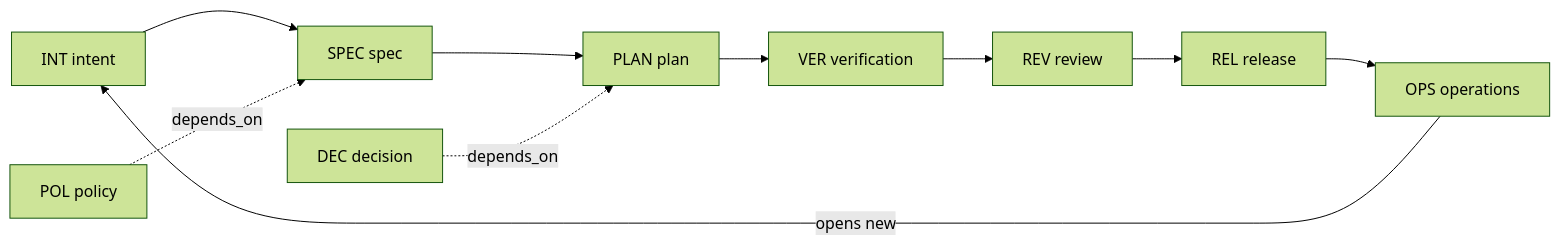
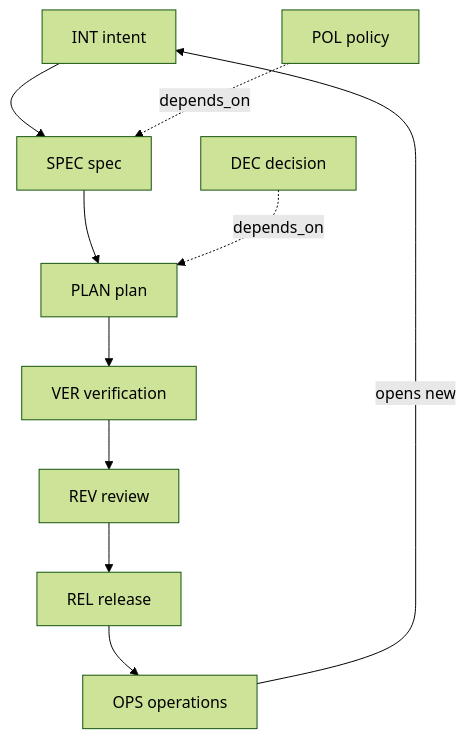
The diagram in skills/agentic-sdlc-bootstrap/references/linking-and-dependencies.md (rafapc2/agentic_sdlc), drawn with Mermaid (forest theme) before and after one commit. The commit also changed 1 other file, not shown here.

Commit message:
diagram fixes and ading gitignore

````diff
--- a/skills/agentic-sdlc-bootstrap/references/linking-and-dependencies.md
+++ b/skills/agentic-sdlc-bootstrap/references/linking-and-dependencies.md
@@ -24,8 +24,8 @@
 ```mermaid
-flowchart LR
+flowchart TD
   INT[INT intent] --> SPEC[SPEC spec] --> PLAN[PLAN plan] --> VER[VER verification]
   VER --> REV[REV review] --> REL[REL release] --> OPS[OPS operations]
   OPS -- opens new --> INT
   POL[POL policy] -. depends_on .-> SPEC
   DEC[DEC decision] -. depends_on .-> PLAN
 ```
````
